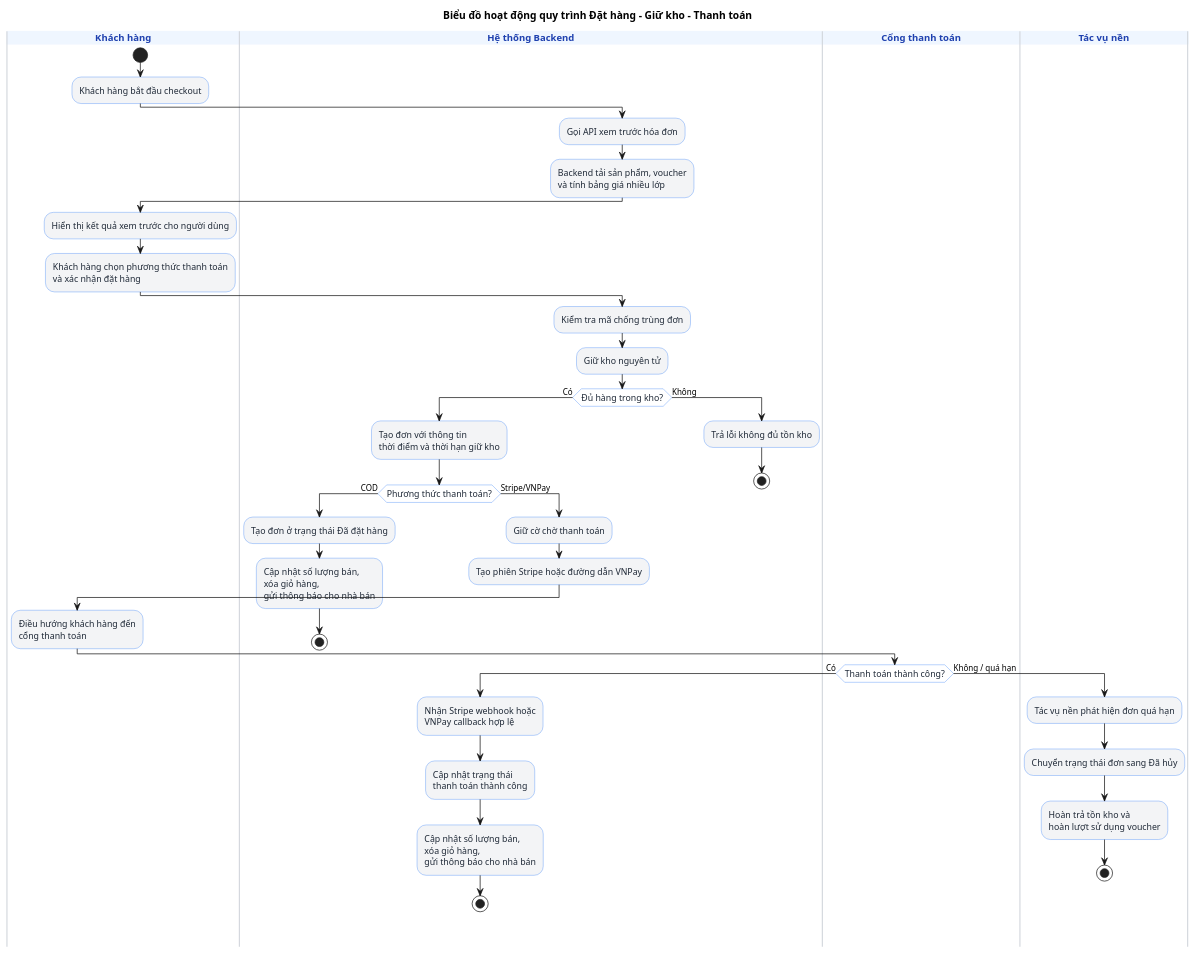
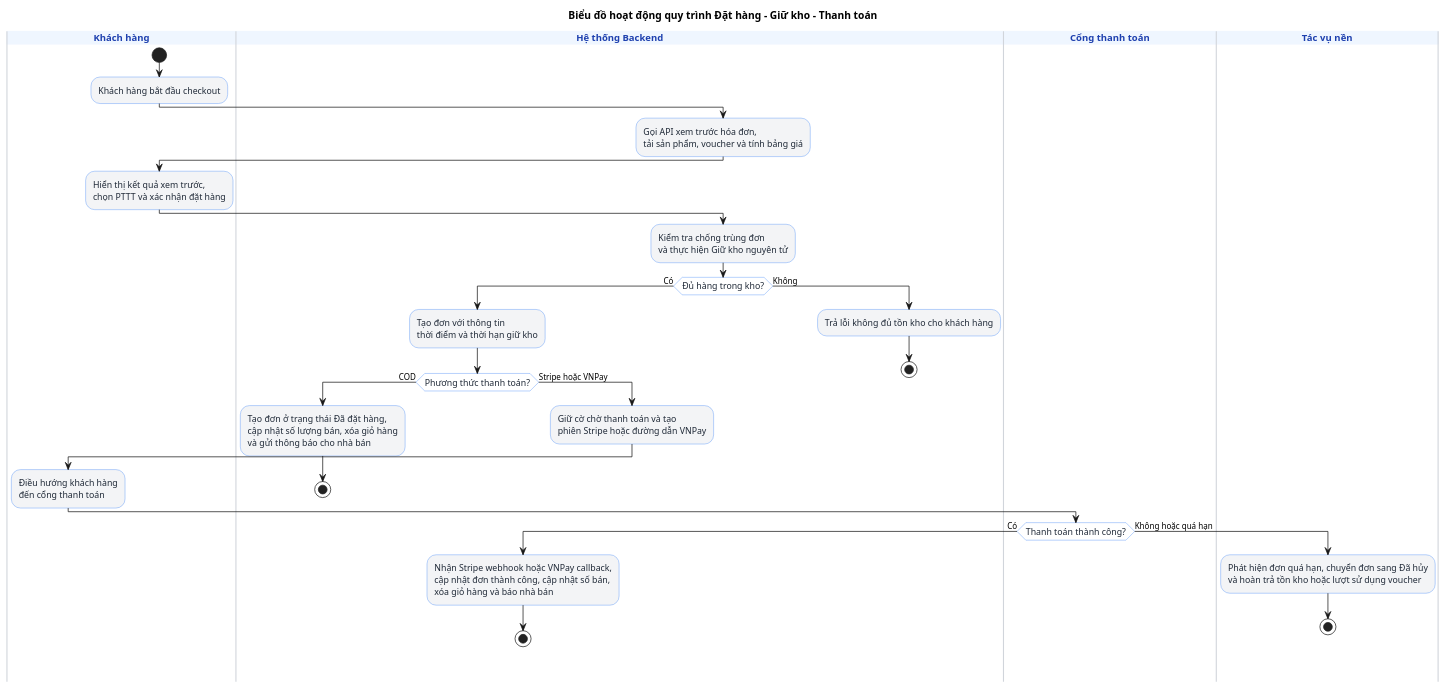
One commit to kiwwi1/DATN changed the diagram in report/Chuong/plantuml/checkout_process_activity.puml. Above: the diagram before and after it, drawn with PlantUML. The commit also changed 19 other files, not shown here.

```diff
--- a/report/Chuong/plantuml/checkout_process_activity.puml
+++ b/report/Chuong/plantuml/checkout_process_activity.puml
@@ -1,76 +1,67 @@
 @startuml
 skinparam shadowing false
 skinparam activity {
   BackgroundColor #F3F4F6
   BorderColor #3B82F6
   DiamondBackgroundColor #FFFFFF
   DiamondBorderColor #3B82F6
   FontColor #1F2937
   FontSize 12
 }
 
 skinparam swimlane {
   BorderColor #D1D5DB
   BorderThickness 1.5
   TitleBackgroundColor #EFF6FF
   TitleFontColor #1E40AF
   TitleFontName sans-serif
   TitleFontSize 13
   TitleFontStyle bold
 }
 
 title Biểu đồ hoạt động quy trình Đặt hàng - Giữ kho - Thanh toán
 
 |Khách hàng|
 start
 
 :Khách hàng bắt đầu checkout;
 
 |Hệ thống Backend|
-:Gọi API xem trước hóa đơn;
-:Backend tải sản phẩm, voucher\nvà tính bảng giá nhiều lớp;
+:Gọi API xem trước hóa đơn,\ntải sản phẩm, voucher và tính bảng giá;
 
 |Khách hàng|
-:Hiển thị kết quả xem trước cho người dùng;
-:Khách hàng chọn phương thức thanh toán\nvà xác nhận đặt hàng;
+:Hiển thị kết quả xem trước,\nchọn PTTT và xác nhận đặt hàng;
 
 |Hệ thống Backend|
-:Kiểm tra mã chống trùng đơn;
-:Giữ kho nguyên tử;
+:Kiểm tra chống trùng đơn\nvà thực hiện Giữ kho nguyên tử;
 
 if (Đủ hàng trong kho?) then (Có)
   :Tạo đơn với thông tin\nthời điểm và thời hạn giữ kho;
 
   if (Phương thức thanh toán?) then (COD)
-    :Tạo đơn ở trạng thái Đã đặt hàng;
-    :Cập nhật số lượng bán,\nxóa giỏ hàng,\ngửi thông báo cho nhà bán;
+    :Tạo đơn ở trạng thái Đã đặt hàng,\ncập nhật số lượng bán, xóa giỏ hàng\nvà gửi thông báo cho nhà bán;
     stop
-  else (Stripe/VNPay)
-    :Giữ cờ chờ thanh toán;
-    :Tạo phiên Stripe hoặc đường dẫn VNPay;
+  else (Stripe hoặc VNPay)
+    :Giữ cờ chờ thanh toán và tạo\nphiên Stripe hoặc đường dẫn VNPay;
     
     |Khách hàng|
-    :Điều hướng khách hàng đến\ncổng thanh toán;
+    :Điều hướng khách hàng\nđến cổng thanh toán;
 
     |Cổng thanh toán|
     if (Thanh toán thành công?) then (Có)
       |Hệ thống Backend|
-      :Nhận Stripe webhook hoặc\nVNPay callback hợp lệ;
-      :Cập nhật trạng thái\nthanh toán thành công;
-      :Cập nhật số lượng bán,\nxóa giỏ hàng,\ngửi thông báo cho nhà bán;
+      :Nhận Stripe webhook hoặc VNPay callback,\ncập nhật đơn thành công, cập nhật số bán,\nxóa giỏ hàng và báo nhà bán;
       stop
-    else (Không / quá hạn)
+    else (Không hoặc quá hạn)
       |Tác vụ nền|
-      :Tác vụ nền phát hiện đơn quá hạn;
-      :Chuyển trạng thái đơn sang Đã hủy;
-      :Hoàn trả tồn kho và\nhoàn lượt sử dụng voucher;
+      :Phát hiện đơn quá hạn, chuyển đơn sang Đã hủy\nvà hoàn trả tồn kho hoặc lượt sử dụng voucher;
       stop
     endif
   endif
 else (Không)
   |Hệ thống Backend|
-  :Trả lỗi không đủ tồn kho;
+  :Trả lỗi không đủ tồn kho cho khách hàng;
   stop
 endif
 
 @enduml
```
